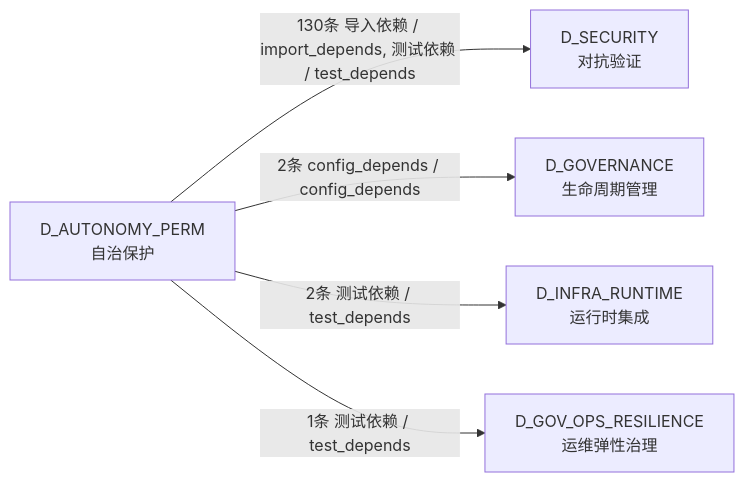
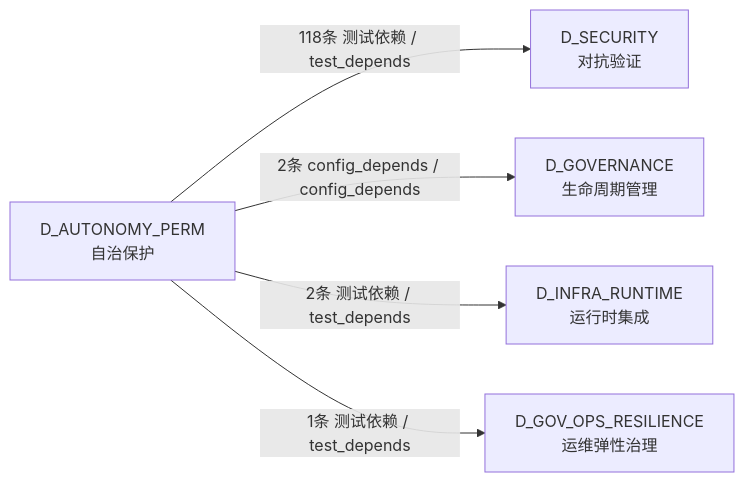
The fourth of 4 diagrams in docs/02_enterprise_architecture/02_domain_architecture_docs/29_d_autonomy_perm.md (xuanFelixVan/ZephyrAlpha), drawn with Mermaid before and after one commit. The commit also changed other lines of this file and 126 other files, not shown here.

````diff
--- a/docs/02_enterprise_architecture/02_domain_architecture_docs/29_d_autonomy_perm.md
+++ b/docs/02_enterprise_architecture/02_domain_architecture_docs/29_d_autonomy_perm.md
@@ -483,12 +433,12 @@
 ```mermaid
 graph LR
     D_AUTONOMY_PERM["D_AUTONOMY_PERM<br/>自治保护"]
     D_SECURITY["D_SECURITY<br/>对抗验证"]
     D_GOVERNANCE["D_GOVERNANCE<br/>生命周期管理"]
     D_INFRA_RUNTIME["D_INFRA_RUNTIME<br/>运行时集成"]
     D_GOV_OPS_RESILIENCE["D_GOV_OPS_RESILIENCE<br/>运维弹性治理"]
-    D_AUTONOMY_PERM -->|130条 导入依赖 / import_depends, 测试依赖 / test_depends| D_SECURITY
+    D_AUTONOMY_PERM -->|118条 测试依赖 / test_depends| D_SECURITY
     D_AUTONOMY_PERM -->|2条 config_depends / config_depends| D_GOVERNANCE
     D_AUTONOMY_PERM -->|2条 测试依赖 / test_depends| D_INFRA_RUNTIME
     D_AUTONOMY_PERM -->|1条 测试依赖 / test_depends| D_GOV_OPS_RESILIENCE
 ```
````
